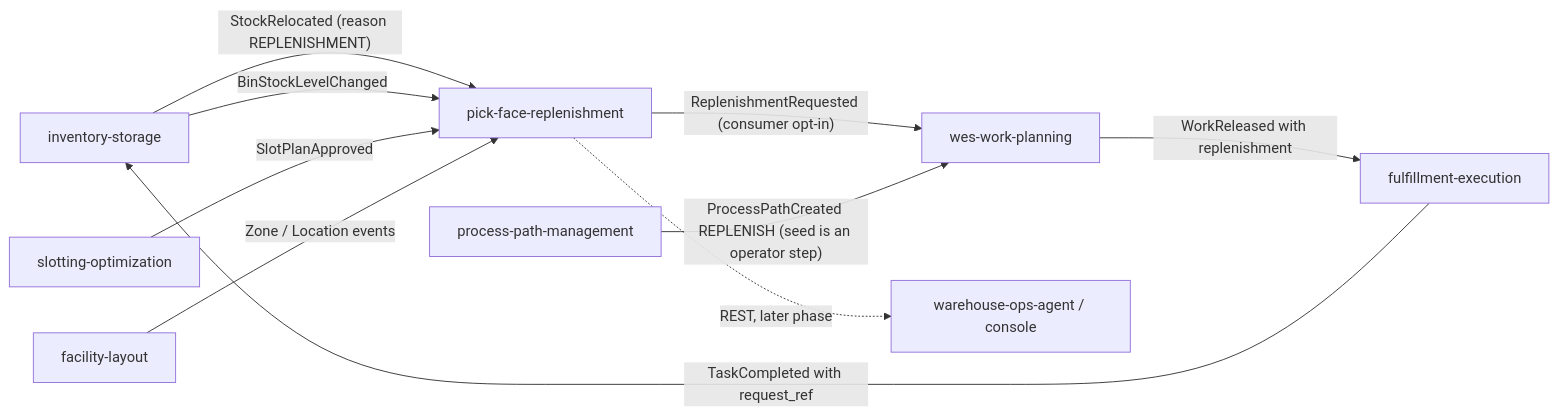
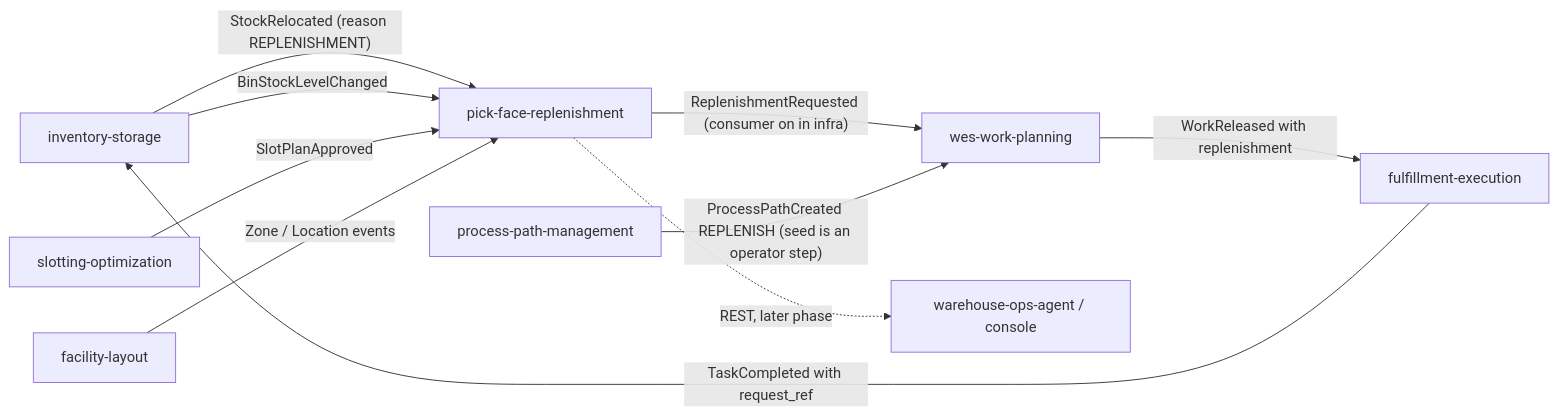
One commit to IQVO/pick-face-replenishment changed the diagram in docs/docs/ecosystem/integration.md. Above: the diagram before and after it, drawn with Mermaid. The commit also changed other lines of this file and 2 other files, not shown here.

First line of the commit message:
docs: pick-face-replenishment deployment state follows warehouse-infra develop

````diff
--- a/docs/docs/ecosystem/integration.md
+++ b/docs/docs/ecosystem/integration.md
@@ -44,20 +46,20 @@
 ```mermaid
 flowchart LR
     INV["inventory-storage"]
     SLOT["slotting-optimization"]
     LAY["facility-layout"]
     PFR["pick-face-replenishment"]
     WP["wes-work-planning"]
     PPM["process-path-management"]
     FE["fulfillment-execution"]
     OPS["warehouse-ops-agent / console"]
     INV -->|"StockRelocated (reason REPLENISHMENT)"| PFR
     INV -->|BinStockLevelChanged| PFR
     SLOT -->|SlotPlanApproved| PFR
     LAY -->|"Zone / Location events"| PFR
-    PFR -->|"ReplenishmentRequested (consumer opt-in)"| WP
+    PFR -->|"ReplenishmentRequested (consumer on in infra)"| WP
     PPM -->|"ProcessPathCreated REPLENISH (seed is an operator step)"| WP
     WP -->|"WorkReleased with replenishment"| FE
     FE -->|"TaskCompleted with request_ref"| INV
     PFR -.->|REST, later phase| OPS
 ```
````
